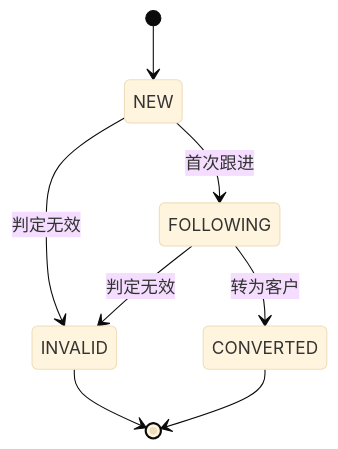
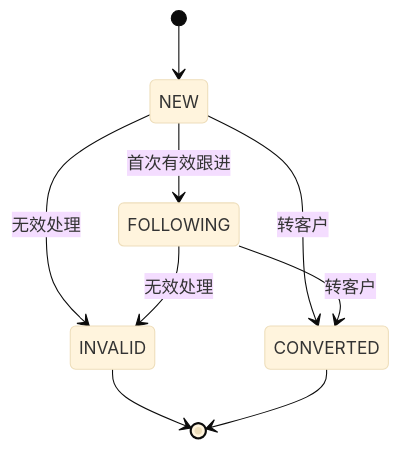
Before and after one commit to Squirtles331/AiCRM: the first of 3 diagrams in docs/architecture/state-machines.md, drawn with Mermaid (base theme). The commit also changed other lines of this file and 25 other files, not shown here.

First line of the commit message:
feat(architecture,database): 搭建第一里程碑架构与数据库基线

````diff
--- a/docs/architecture/state-machines.md
+++ b/docs/architecture/state-machines.md
@@ -5,10 +7,11 @@
 ```mermaid
 stateDiagram-v2
-    [*] --> NEW
-    NEW --> FOLLOWING: 首次跟进
-    FOLLOWING --> CONVERTED: 转为客户
-    NEW --> INVALID: 判定无效
-    FOLLOWING --> INVALID: 判定无效
-    INVALID --> [*]
-    CONVERTED --> [*]
+  [*] --> NEW
+  NEW --> FOLLOWING: 首次有效跟进
+  NEW --> INVALID: 无效处理
+  FOLLOWING --> INVALID: 无效处理
+  NEW --> CONVERTED: 转客户
+  FOLLOWING --> CONVERTED: 转客户
+  INVALID --> [*]
+  CONVERTED --> [*]
 ```
````
